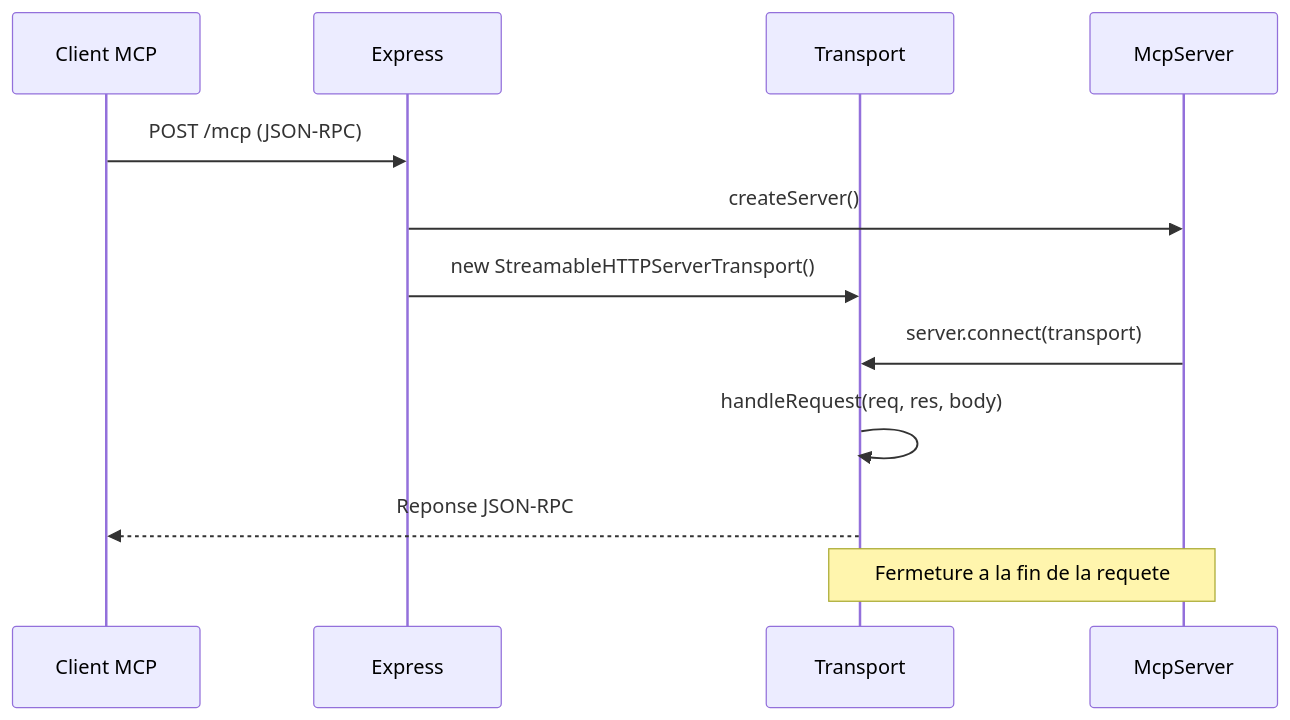
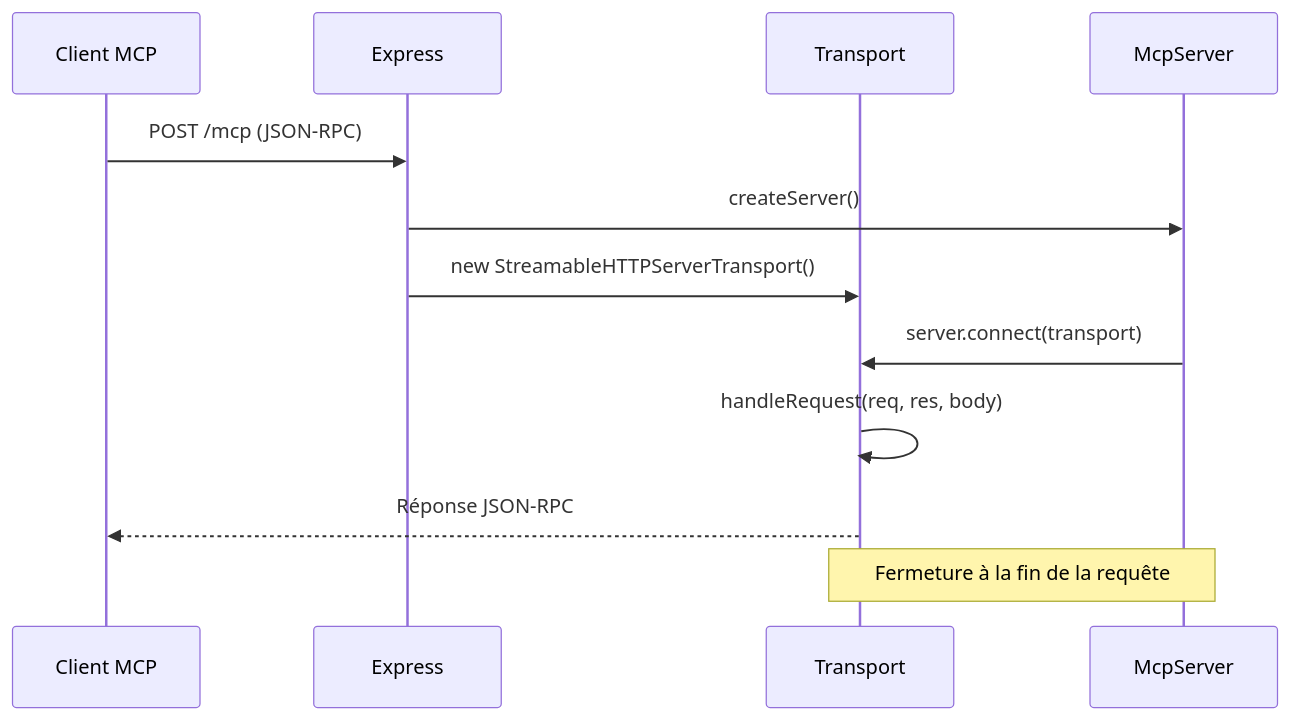
Before and after one commit to MAIF/risques-majeurs-mcp: the second of 2 diagrams in documentation/docs/architecture.mdx, drawn with Mermaid. The commit also changed other lines of this file, not shown here.

Commit message:
fix typos in architecture.mdx

````diff
--- a/documentation/docs/architecture.mdx
+++ b/documentation/docs/architecture.mdx
@@ -74,15 +74,15 @@
 ```mermaid
 sequenceDiagram
     participant C as Client MCP
     participant E as Express
     participant T as Transport
     participant S as McpServer
 
     C->>E: POST /mcp (JSON-RPC)
     E->>S: createServer()
     E->>T: new StreamableHTTPServerTransport()
     S->>T: server.connect(transport)
     T->>T: handleRequest(req, res, body)
-    T-->>C: Reponse JSON-RPC
-    Note over T,S: Fermeture a la fin de la requete
+    T-->>C: Réponse JSON-RPC
+    Note over T,S: Fermeture à la fin de la requête
 ```
````
